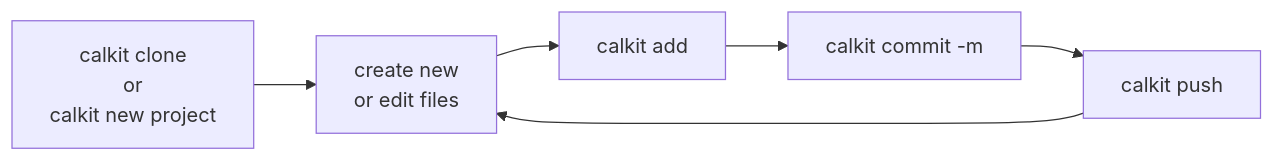
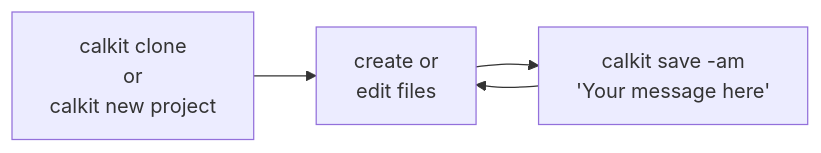
Before and after one commit to calkit/calkit: the first of 3 diagrams in docs/version-control.md, drawn with Mermaid. The commit also changed other lines of this file, not shown here.

````diff
--- a/docs/version-control.md
+++ b/docs/version-control.md
@@ -46,12 +52,11 @@
 ```mermaid
 graph LR
     init[calkit clone
          or
          calkit new project]
-    --> edit[create new
-             or edit files]
-    --> add[calkit add]
-    --> commit[calkit commit -m]
-    --> push[calkit push]
+    --> edit[create or
+             edit files]
+    --> save[calkit save -am
+             'Your message here']
     --> edit
 ```
````
